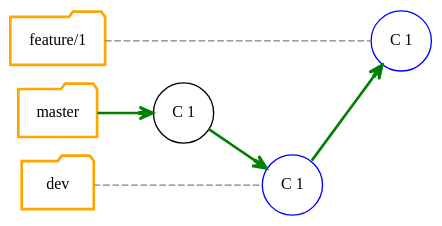
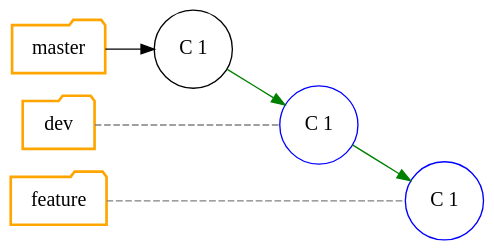
The diagram in slides/intro/src/docs/asciidoc/graphviz/git-scenario-2.dot (Gepardec/git-training), drawn with Graphviz before and after one commit. The commit also changed 17 other files, not shown here.

```diff
--- a/slides/intro/src/docs/asciidoc/graphviz/git-scenario-2.dot
+++ b/slides/intro/src/docs/asciidoc/graphviz/git-scenario-2.dot
@@ -1,37 +1,36 @@
-digraph git_branch_model {
-  splines=line
-  rankdir="LR"
-  bgcolor="transparent"
+digraph git_scenario_2 {
+    splines=line
+    rankdir="LR"
+    bgcolor="transparent"
 
-  /* Global Node/Edge config */
-  edge[arrowhead=open]
+    /* Nodes representing the branches */
+    node[ fontsize=15.0,style="bold", shape=folder, color=orange]
+    master [group="master"]
+    dev [group="dev"]
+    feature [label="feature", group="feature"]
 
-  /* Nodes representing the branches */
-  node[ fontsize=12.0,style="bold", shape=folder, color=orange]
-  master [group="master"]
-  dev [group="dev"]
-  feature_1 [label="feature/1", group="feature_1"]
+    /* Nodes representing commit */
+    node[ fontsize=15.0,style="",shape=circle, color=""]
+    C_1[label="C 1", group="master"]
 
-  /* Nodes representing commit */
-  node[ fontsize=12.0,style="",shape=circle, color=""]
-  C_1[label="C 1", group="master"]
+    /* Nodes representing pointer */
+    node[color="blue"]
+    C_1_D [label="C 1", group="dev"]
+    C_1_F_1 [label="C 1", group="feature"]
 
-  /* Nodes representing pointer */
-  node[color="blue"]
-  C_1_D [label="C 1", group="dev"]
-  C_1_F_1 [label="C 1", group="feature_1"]
+    edge[color=gray]
+    /* Define master branch commits */
+    master -> C_1 [color="", style=""]
+    feature -> C_1_F_1 [arrowhead=none,style="dashed"]
+    dev -> C_1_D [arrowhead=none,style="dashed"]
 
-  edge[arrowhead=none, style="dashed",color=gray]
-  /* Define master branch commits */
-  master -> C_1 [arrowhead=open, color="green", style="bold"]
-  feature_1 -> C_1_F_1
+    edge[color="green"]
+    /* 1. inter branch commit */
+    C_1 -> C_1_D -> { C_1_F_1 }
 
-  /* Define dev branch commits */
-  dev -> C_1_D
+    /* Connect branches with invis edges, to declare ordering this way */
+    edge[style=invis]
+    master -> dev -> feature
 
-  edge[color="green", arrowhead=open,  style="bold"]
-  /* 1. inter branch commit */
-  C_1 -> C_1_D -> { C_1_F_1 }
-
-  {rank=same; master dev feature_1}
+    {rank=same; master dev feature}
 }
```
